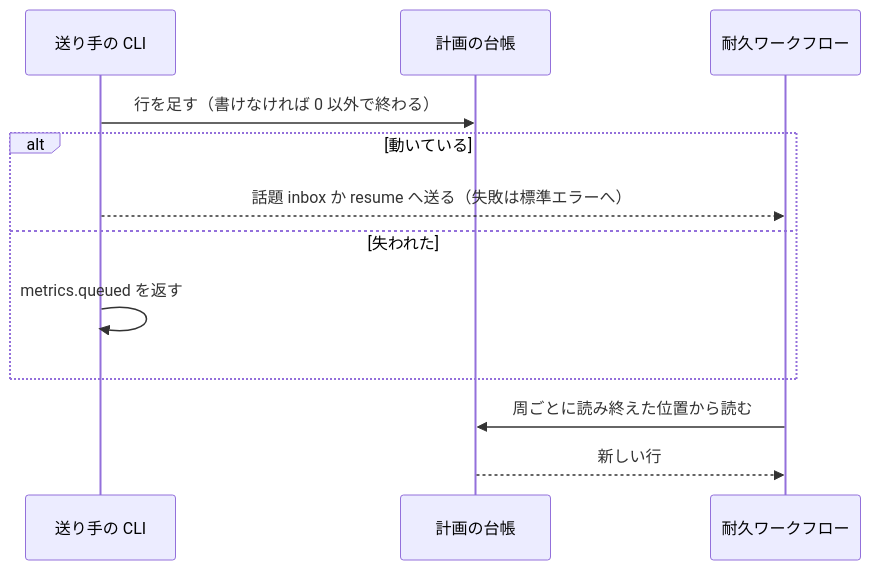
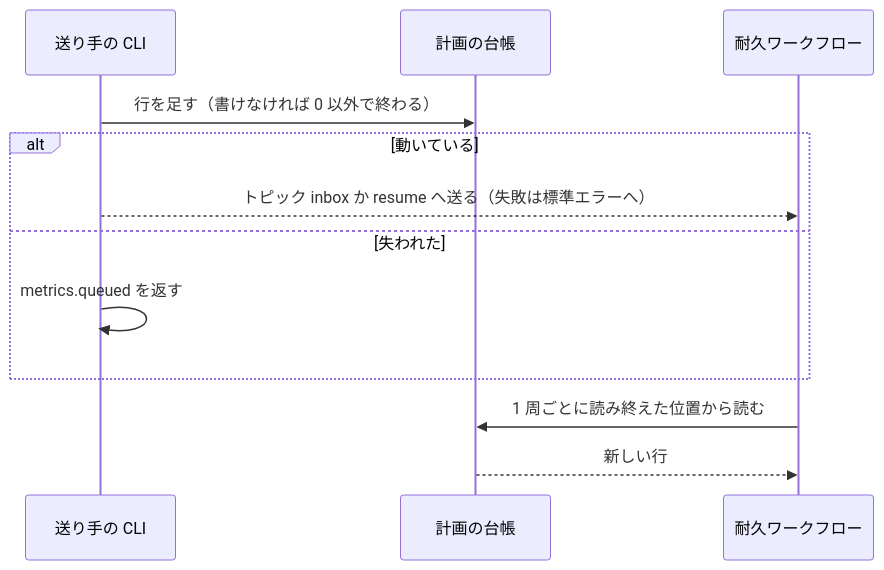
One commit to devbasex/ai-plugins changed the fourth of 6 diagrams in issues/issue-2647-design.md. Above: the diagram before and after it, drawn with Mermaid. The commit also changed other lines of this file and 1 other file, not shown here.

````diff
--- a/issues/issue-2647-design.md
+++ b/issues/issue-2647-design.md
@@ -325,14 +335,14 @@
 ```mermaid
 sequenceDiagram
     participant S as 送り手の CLI
     participant F as 計画の台帳
     participant W as 耐久ワークフロー
     S->>F: 行を足す（書けなければ 0 以外で終わる）
     alt 動いている
-        S-->>W: 話題 inbox か resume へ送る（失敗は標準エラーへ）
+        S-->>W: トピック inbox か resume へ送る（失敗は標準エラーへ）
     else 失われた
         S->>S: metrics.queued を返す
     end
-    W->>F: 周ごとに読み終えた位置から読む
+    W->>F: 1 周ごとに読み終えた位置から読む
     F-->>W: 新しい行
 ```
````
